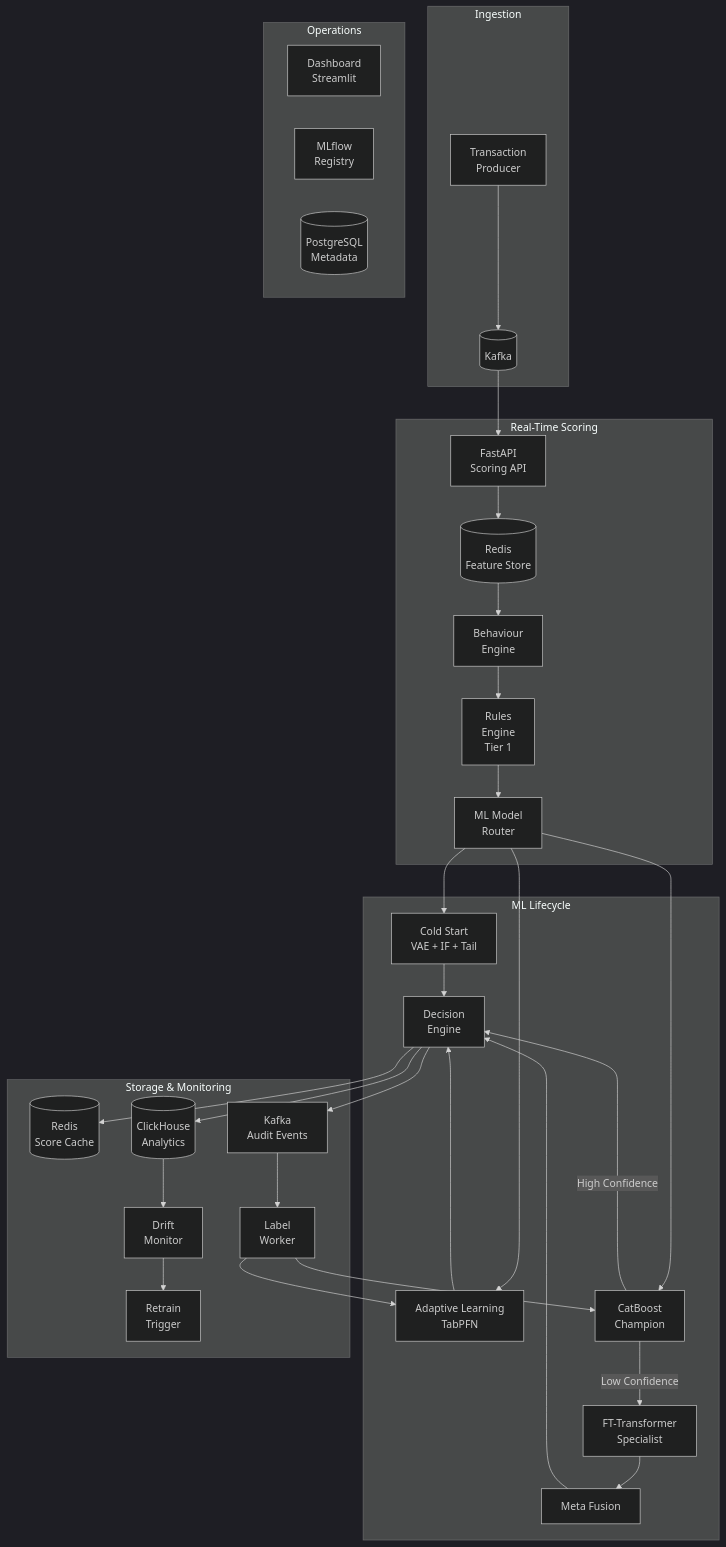
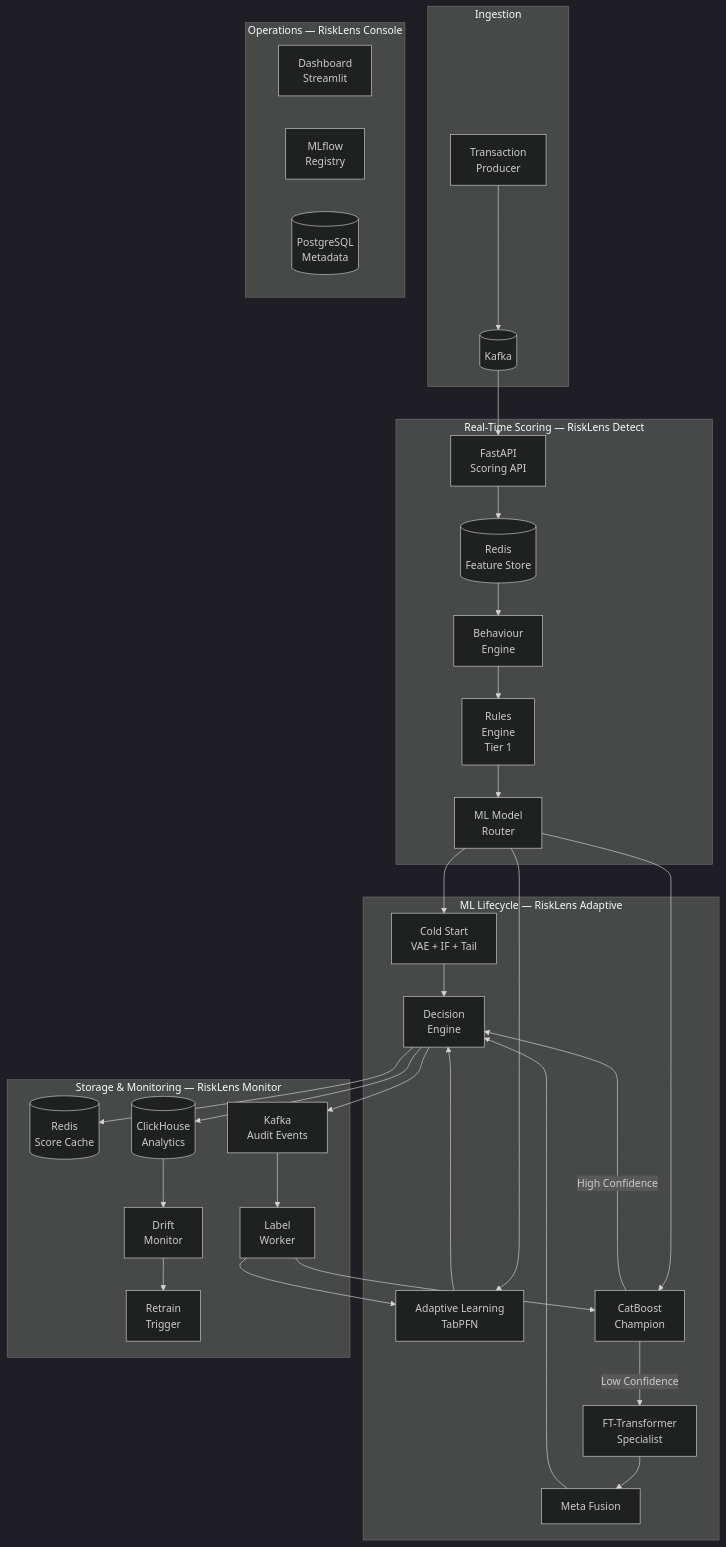
The second of 7 diagrams in README.md (Tadeni00/RiskLens), drawn with Mermaid (dark theme) before and after one commit. The commit also changed other lines of this file and 131 other files, not shown here.

````diff
--- a/README.md
+++ b/README.md
@@ -177,61 +178,61 @@
 ```mermaid
 graph TB
     subgraph "Ingestion"
         TXN[Transaction<br/>Producer]
         KAFKA[(Kafka)]
         TXN --> KAFKA
     end
 
-    subgraph "Real-Time Scoring"
+    subgraph "Real-Time Scoring — RiskLens Detect"
         API[FastAPI<br/>Scoring API]
         KAFKA --> API
 
         FS[(Redis<br/>Feature Store)]
         API --> FS
 
         BE[Behaviour<br/>Engine]
         FS --> BE
 
         RE[Rules<br/>Engine<br/>Tier 1]
         BE --> RE
 
         MR[ML Model<br/>Router]
         RE --> MR
     end
 
-    subgraph "ML Lifecycle"
+    subgraph "ML Lifecycle — RiskLens Adaptive"
         CS[Cold Start<br/>VAE + IF + Tail]
         AL[Adaptive Learning<br/>TabPFN]
         CB[CatBoost<br/>Champion]
         FT[FT-Transformer<br/>Specialist]
         MF[Meta Fusion]
 
         MR --> CS
         MR --> AL
         MR --> CB
 
         CB -->|Low Confidence| FT
         FT --> MF
         MF --> DEC[Decision<br/>Engine]
         CB -->|High Confidence| DEC
         CS --> DEC
         AL --> DEC
     end
 
-    subgraph "Storage & Monitoring"
+    subgraph "Storage & Monitoring — RiskLens Monitor"
         DEC --> REDIS[(Redis<br/>Score Cache)]
         DEC --> KAFKA2[Kafka<br/>Audit Events]
         DEC --> CH[(ClickHouse<br/>Analytics)]
         KAFKA2 --> LW[Label<br/>Worker]
         LW --> AL
         LW --> CB
         CH --> DRIFT[Drift<br/>Monitor]
         DRIFT --> RETRAIN[Retrain<br/>Trigger]
     end
 
-    subgraph "Operations"
+    subgraph "Operations — RiskLens Console"
         DASH[Dashboard<br/>Streamlit]
         MLFLOW[MLflow<br/>Registry]
         PG[(PostgreSQL<br/>Metadata)]
     end
 ```
````
